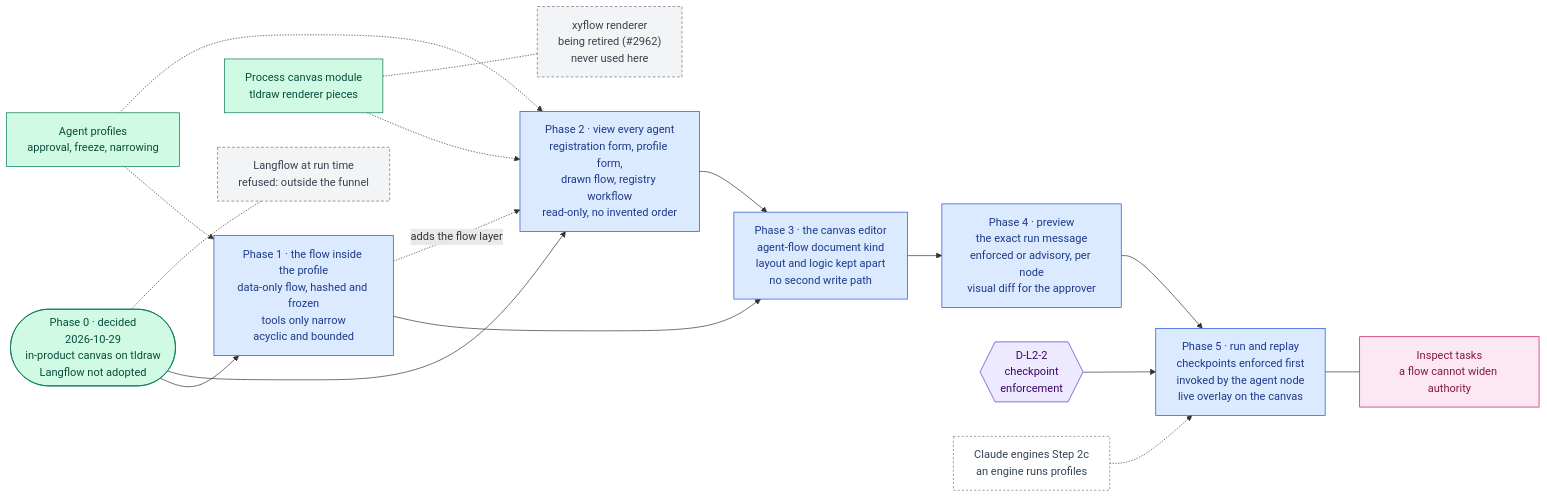
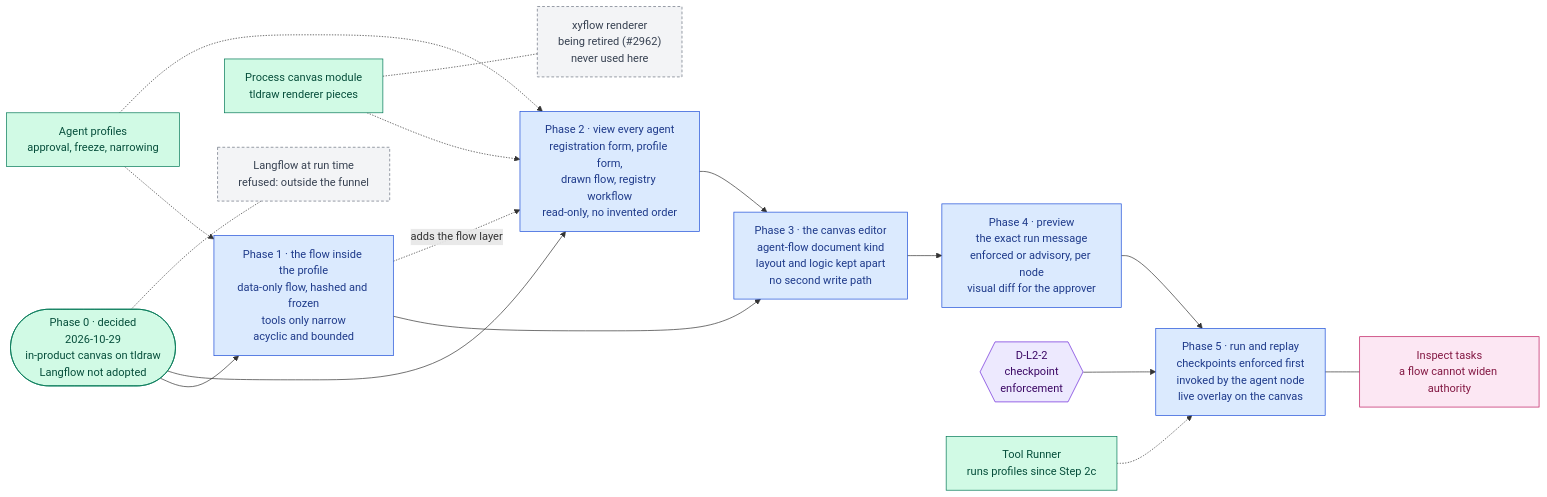
One commit to RodnaPamet/inflect-compliance changed the diagram in docs/ai-architecture/langflow.md. Above: the diagram before and after it, drawn with Mermaid. The commit also changed other lines of this file and 21 other files, not shown here.

First line of the commit message:
docs(ai-architecture): the roadmap is complete without Layer 5; models through API keys

````diff
--- a/docs/ai-architecture/langflow.md
+++ b/docs/ai-architecture/langflow.md
@@ -37,35 +38,35 @@
 ```mermaid
 flowchart LR
   P0(["Phase 0 · decided<br/>2026-10-29<br/>in-product canvas on tldraw<br/>Langflow not adopted"]):::done
   P1["Phase 1 · the flow inside the profile<br/>data-only flow, hashed and frozen<br/>tools only narrow<br/>acyclic and bounded"]:::todo
   P2["Phase 2 · view every agent<br/>registration form, profile form,<br/>drawn flow, registry workflow<br/>read-only, no invented order"]:::todo
   P3["Phase 3 · the canvas editor<br/>agent-flow document kind<br/>layout and logic kept apart<br/>no second write path"]:::todo
   P4["Phase 4 · preview<br/>the exact run message<br/>enforced or advisory, per node<br/>visual diff for the approver"]:::todo
   P5["Phase 5 · run and replay<br/>checkpoints enforced first<br/>invoked by the agent node<br/>live overlay on the canvas"]:::todo
   G2{{"D-L2-2<br/>checkpoint<br/>enforcement"}}:::gate
   PROF["Agent profiles<br/>approval, freeze, narrowing"]:::done
   CANV["Process canvas module<br/>tldraw renderer pieces"]:::done
   XY["xyflow renderer<br/>being retired (#2962)<br/>never used here"]:::declined
-  ENG["Claude engines Step 2c<br/>an engine runs profiles"]:::ext
+  ENG["Tool Runner<br/>runs profiles since Step 2c"]:::done
   INS["Inspect tasks<br/>a flow cannot widen authority"]:::eval
   LF["Langflow at run time<br/>refused: outside the funnel"]:::declined
 
   P0 --> P1 --> P3 --> P4 --> P5
   P0 --> P2 --> P3
   P1 -.->|adds the flow layer| P2
   PROF -.-> P1
   PROF -.-> P2
   CANV -.-> P2
   G2 --> P5
   ENG -.-> P5
   P5 --- INS
   P0 -.- LF
   CANV -.- XY
 
   classDef done fill:#d1fae5,stroke:#047857,color:#064e3b
   classDef todo fill:#dbeafe,stroke:#1d4ed8,color:#1e3a8a
   classDef gate fill:#ede9fe,stroke:#6d28d9,color:#3b0764
   classDef ext fill:#ffffff,stroke:#64748b,color:#334155,stroke-dasharray:3 3
   classDef eval fill:#fce7f3,stroke:#be185d,color:#831843
   classDef declined fill:#f3f4f6,stroke:#6b7280,color:#374151,stroke-dasharray:4 3
 ```
````
